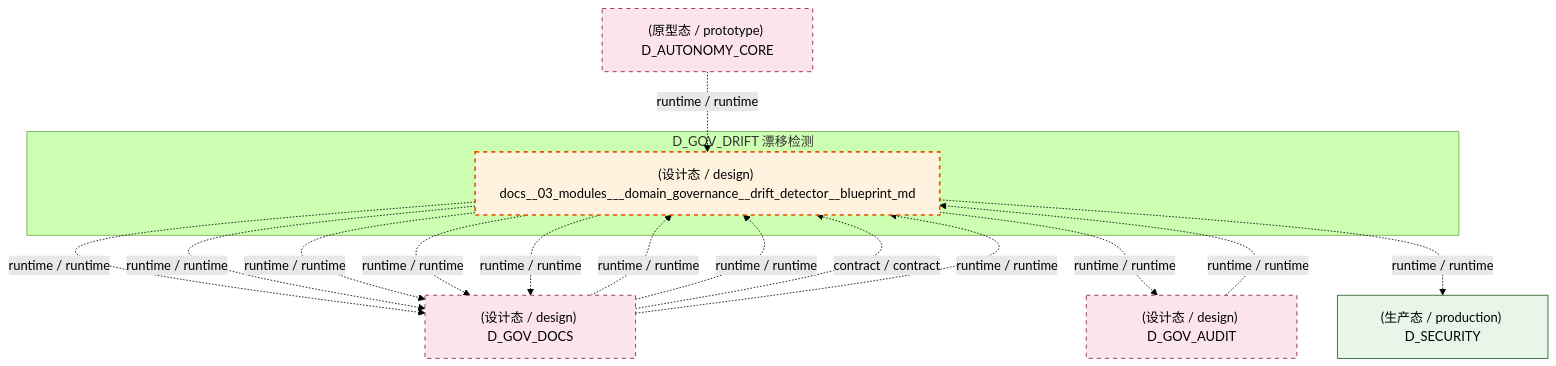
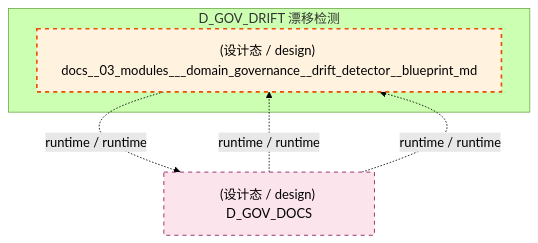
Before and after one commit to xuanFelixVan/ZephyrAlpha: the fifth of 7 diagrams in docs/02_enterprise_architecture/02_domain_architecture_docs/41_d_gov_drift.md, drawn with Mermaid (forest theme). The commit also changed other lines of this file and 126 other files, not shown here.

````diff
--- a/docs/02_enterprise_architecture/02_domain_architecture_docs/41_d_gov_drift.md
+++ b/docs/02_enterprise_architecture/02_domain_architecture_docs/41_d_gov_drift.md
@@ -550,30 +548,16 @@
 ```mermaid
 graph TD
     subgraph D_GOV_DRIFT["D_GOV_DRIFT 漂移检测"]
         docs_03_modules_domain_governance_drift_detector_blueprint_md["(设计态 / design) docs__03_modules___domain_governance__drift_detector__blueprint_md"]
     end
     D_GOV_DOCS["(设计态 / design) D_GOV_DOCS"]
     docs_03_modules_domain_governance_drift_detector_blueprint_md -.->|runtime / runtime| D_GOV_DOCS
-    docs_03_modules_domain_governance_drift_detector_blueprint_md -.->|runtime / runtime| D_GOV_DOCS
-    D_GOV_AUDIT["(设计态 / design) D_GOV_AUDIT"]
-    docs_03_modules_domain_governance_drift_detector_blueprint_md -.->|runtime / runtime| D_GOV_AUDIT
-    D_SECURITY["(生产态 / production) D_SECURITY"]
-    docs_03_modules_domain_governance_drift_detector_blueprint_md -.->|runtime / runtime| D_SECURITY
-    docs_03_modules_domain_governance_drift_detector_blueprint_md -.->|runtime / runtime| D_GOV_DOCS
-    docs_03_modules_domain_governance_drift_detector_blueprint_md -.->|runtime / runtime| D_GOV_DOCS
-    docs_03_modules_domain_governance_drift_detector_blueprint_md -.->|runtime / runtime| D_GOV_DOCS
-    D_GOV_AUDIT -.->|runtime / runtime| docs_03_modules_domain_governance_drift_detector_blueprint_md
     D_GOV_DOCS -.->|runtime / runtime| docs_03_modules_domain_governance_drift_detector_blueprint_md
     D_GOV_DOCS -.->|runtime / runtime| docs_03_modules_domain_governance_drift_detector_blueprint_md
-    D_GOV_DOCS -.->|contract / contract| docs_03_modules_domain_governance_drift_detector_blueprint_md
-    D_GOV_DOCS -.->|runtime / runtime| docs_03_modules_domain_governance_drift_detector_blueprint_md
-    D_AUTONOMY_CORE["(原型态 / prototype) D_AUTONOMY_CORE"]
-    D_AUTONOMY_CORE -.->|runtime / runtime| docs_03_modules_domain_governance_drift_detector_blueprint_md
     classDef production fill:#e1f5fe,stroke:#01579b,stroke-width:2px,color:#000
     classDef design fill:#fff3e0,stroke:#e65100,stroke-width:2px,color:#000,stroke-dasharray: 5 5
     classDef external_prod fill:#e8f5e9,stroke:#1b5e20,stroke-width:1px,color:#000
     classDef external_design fill:#fce4ec,stroke:#880e4f,stroke-width:1px,color:#000,stroke-dasharray: 5 5
     class docs_03_modules_domain_governance_drift_detector_blueprint_md design
-    class D_SECURITY external_prod
-    class D_GOV_DOCS,D_GOV_AUDIT,D_AUTONOMY_CORE external_design
+    class D_GOV_DOCS external_design
 ```
````
